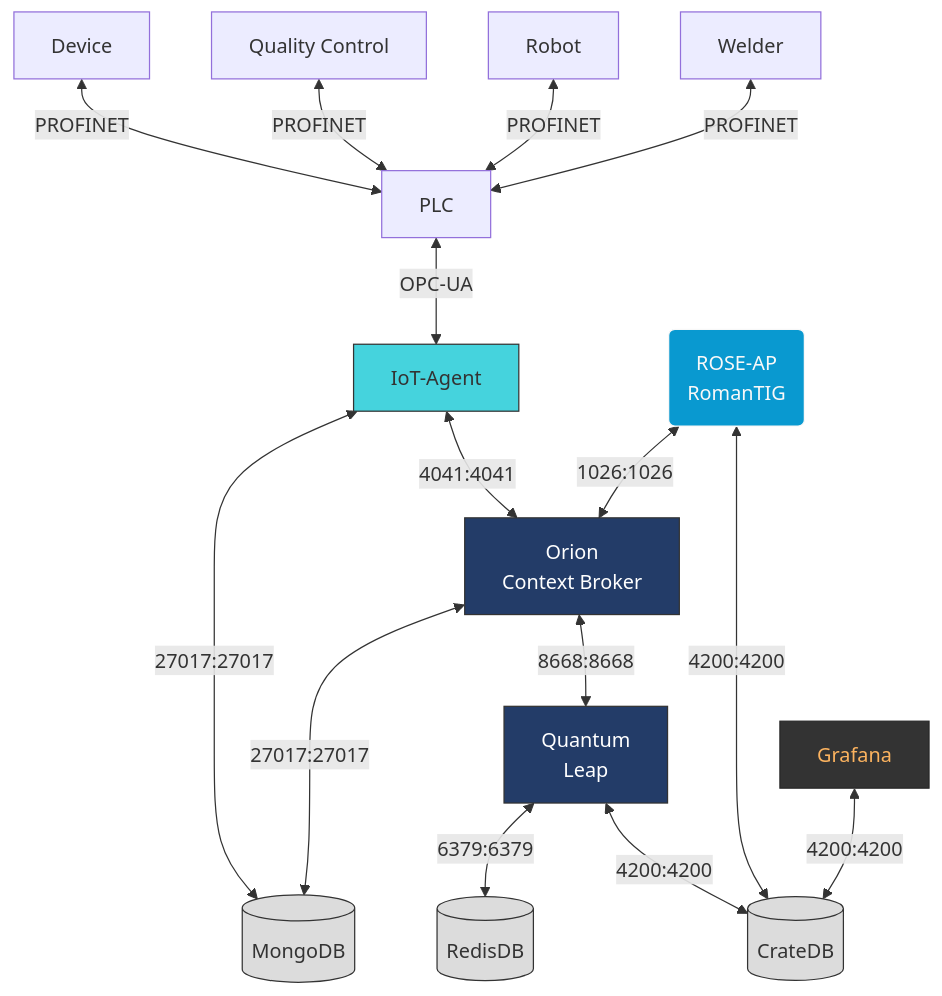
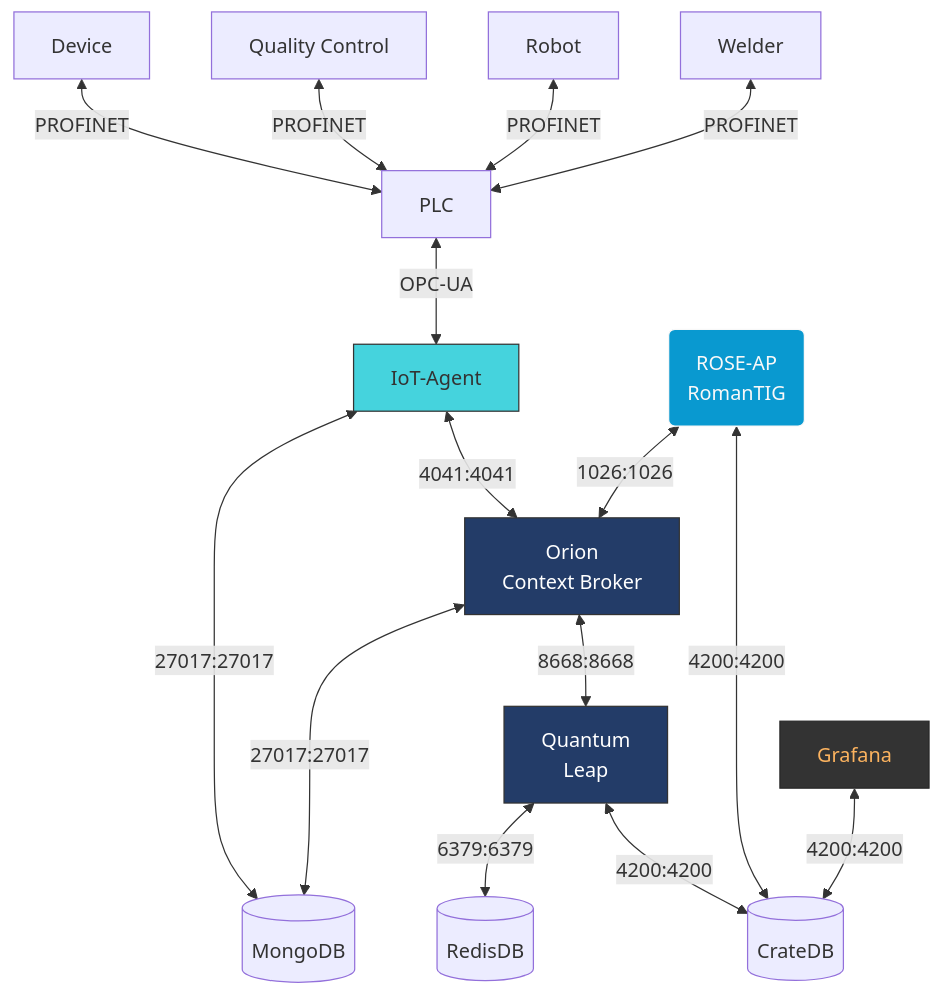
One commit to claret-srl/ROMANTIG changed the second of 2 diagrams in README.md. Above: the diagram before and after it, drawn with Mermaid.

````diff
--- a/README.md
+++ b/README.md
@@ -128,31 +128,31 @@
 ```mermaid
   flowchart TD
     Welder[Welder]
     Robot[Robot]
     QC[Quality Control]
     Device[Device]
     PLC[PLC]
     IoT-Agent[IoT-Agent]:::Cyan
     Orion[Orion \n Context Broker]:::DarkBlue
     Quantumleap[Quantum \n Leap]:::DarkBlue
     ROSE-AP(ROSE-AP \n RomanTIG):::Claret
     Redis[(RedisDB)]
     Mongo[(MongoDB)]
     Crate[(CrateDB)]
     Grafana[Grafana]:::Grafana
 
     Orion & IoT-Agent <--27017:27017---> Mongo
     ROSE-AP <--1026:1026--> Orion
     Quantumleap <--6379:6379--> Redis
     Welder & Robot & QC & Device <--PROFINET--> PLC <--OPC-UA--> IoT-Agent <--4041:4041--> Orion <--8668:8668--> Quantumleap
     Grafana <--4200:4200--> Crate
     ROSE-AP  & Quantumleap <--4200:4200--> Crate
 
 classDef DarkBlue fill:#233C68,stroke:#333,color:#FFF
 classDef Cyan fill:#45D3DD,stroke:#333,color:#333
 classDef Gainsboro fill:Gainsboro,stroke:#333,color:#333
 classDef Grafana fill:#333,Stroke:#282828,color:#FCB35F
 classDef Claret fill:#0999D0,Stroke:#F8F8F8,color:#F8F8F8
 
-class Crate,Mongo,Redis Gainsboro
+class Crate,Mongo,Redis Gainsboro,Welder,Robot,QC,Device,PLC
 ```
````
